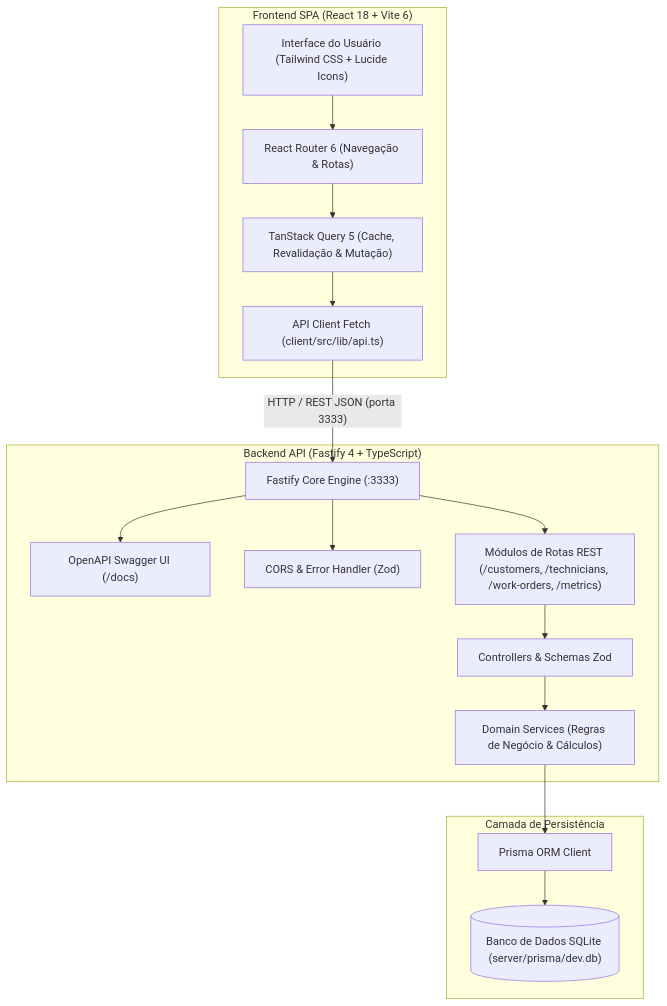
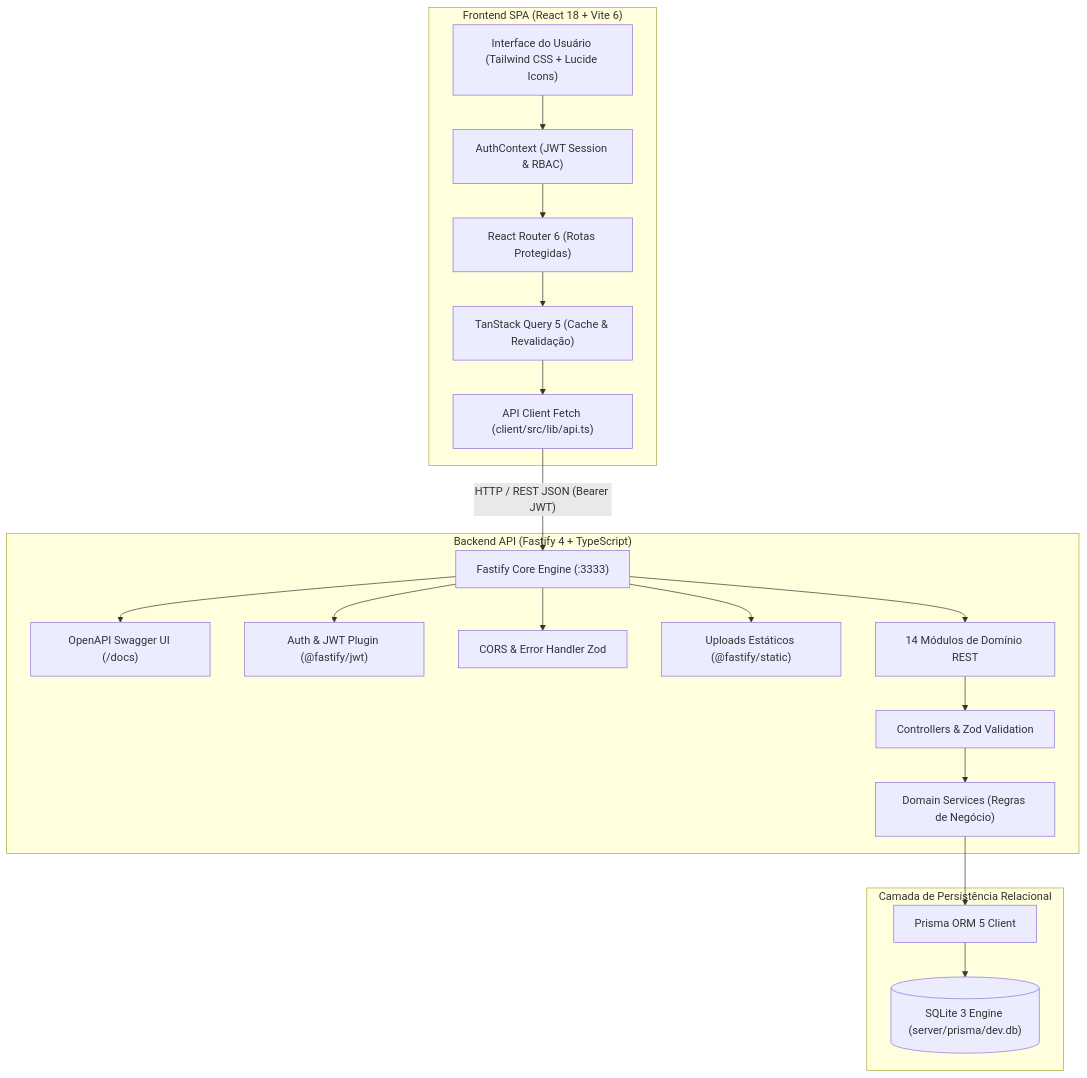
One commit to schwenck-e/ordem-servico-app changed the first of 4 diagrams in README.md. Above: the diagram before and after it, drawn with Mermaid. The commit also changed other lines of this file and 18 other files, not shown here.

````diff
--- a/README.md
+++ b/README.md
@@ -65,35 +92,44 @@
 ```mermaid
 flowchart TD
     subgraph Frontend["Frontend SPA (React 18 + Vite 6)"]
         UI["Interface do Usuário (Tailwind CSS + Lucide Icons)"]
-        Router["React Router 6 (Navegação & Rotas)"]
-        Query["TanStack Query 5 (Cache, Revalidação & Mutação)"]
+        AuthCtx["AuthContext (JWT Session & RBAC)"]
+        Router["React Router 6 (Rotas Protegidas)"]
+        Query["TanStack Query 5 (Cache & Revalidação)"]
         APIClient["API Client Fetch (client/src/lib/api.ts)"]
-        UI --> Router
+
+        UI --> AuthCtx
+        AuthCtx --> Router
         Router --> Query
         Query --> APIClient
     end
 
     subgraph Backend["Backend API (Fastify 4 + TypeScript)"]
         Fastify["Fastify Core Engine (:3333)"]
         Swagger["OpenAPI Swagger UI (/docs)"]
-        CorsPlugin["CORS & Error Handler (Zod)"]
-        Routes["Módulos de Rotas REST (/customers, /technicians, /work-orders, /metrics)"]
-        Controllers["Controllers & Schemas Zod"]
-        Services["Domain Services (Regras de Negócio & Cálculos)"]
+        AuthPlugin["Auth & JWT Plugin (@fastify/jwt)"]
+        CorsPlugin["CORS & Error Handler Zod"]
+        StaticPlugin["Uploads Estáticos (@fastify/static)"]
+        
+        Routes["14 Módulos de Domínio REST"]
+        Controllers["Controllers & Zod Validation"]
+        Services["Domain Services (Regras de Negócio)"]
+
         Fastify --> Swagger
+        Fastify --> AuthPlugin
         Fastify --> CorsPlugin
+        Fastify --> StaticPlugin
         Fastify --> Routes
         Routes --> Controllers
         Controllers --> Services
     end
 
-    subgraph Persistence["Camada de Persistência"]
-        PrismaORM["Prisma ORM Client"]
-        SQLiteDB[("Banco de Dados SQLite (server/prisma/dev.db)")]
+    subgraph Persistence["Camada de Persistência Relacional"]
+        PrismaORM["Prisma ORM 5 Client"]
+        SQLiteDB[("SQLite 3 Engine (server/prisma/dev.db)")]
         Services --> PrismaORM
         PrismaORM --> SQLiteDB
     end
 
-    APIClient -- "HTTP / REST JSON (porta 3333)" --> Fastify
+    APIClient -- "HTTP / REST JSON (Bearer JWT)" --> Fastify
 ```
````
